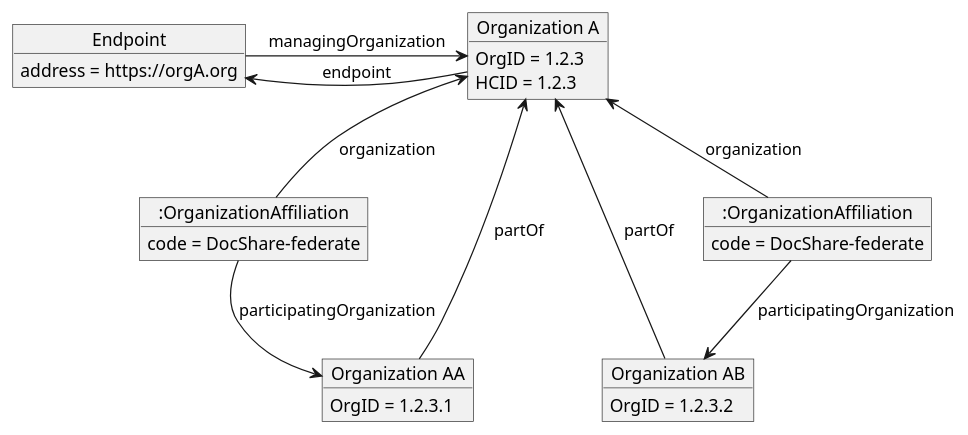
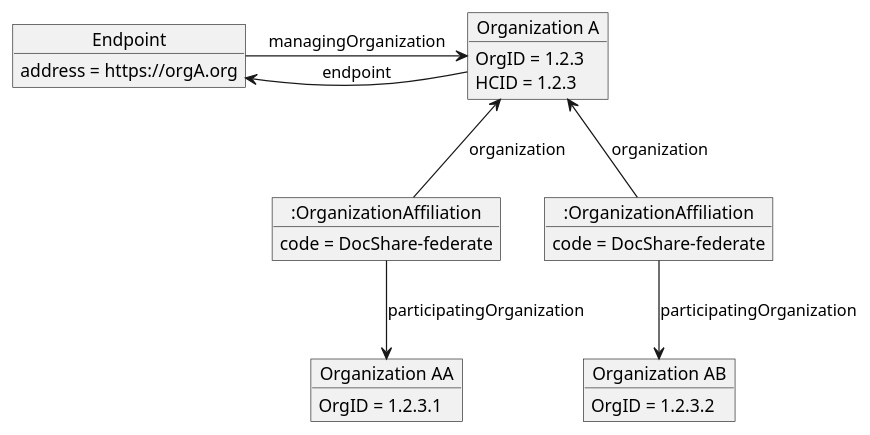
One commit to IHE/ITI.Topologies changed the diagram in images-source/dir-endpoint-to-org-affiliates.plantuml. Above: the diagram before and after it, drawn with PlantUML. The commit also changed 8 other files, not shown here.

```diff
--- a/images-source/dir-endpoint-to-org-affiliates.plantuml
+++ b/images-source/dir-endpoint-to-org-affiliates.plantuml
@@ -1,29 +1,26 @@
 @startuml dir-endpoint-to-org-affiliates
 hide footbox
 
 object "Organization A" as OrganizationA
 OrganizationA : OrgID = 1.2.3
 OrganizationA : HCID = 1.2.3
 object "Organization AA" as OrganizationAA
 OrganizationAA : OrgID = 1.2.3.1
 object "Endpoint" as EndpointA
 EndpointA : address = https://orgA.org
 object "Organization AB" as OrganizationAB
 OrganizationAB : OrgID = 1.2.3.2
 object ":OrganizationAffiliation" as OrgAff
 OrgAff : code = DocShare-federate
 OrgAff --> OrganizationAA : participatingOrganization
 OrganizationA <-- OrgAff : organization
 object ":OrganizationAffiliation" as OrgAff2
 OrgAff2 : code = DocShare-federate
 OrgAff2 --> OrganizationAB : participatingOrganization
 OrganizationA <-- OrgAff2 : organization
 
 EndpointA <-- OrganizationA : endpoint
 
-OrganizationA <- OrganizationAA : partOf
-OrganizationA <- OrganizationAB : partOf
-
 OrganizationA <- EndpointA : managingOrganization
 
 @enduml
```
